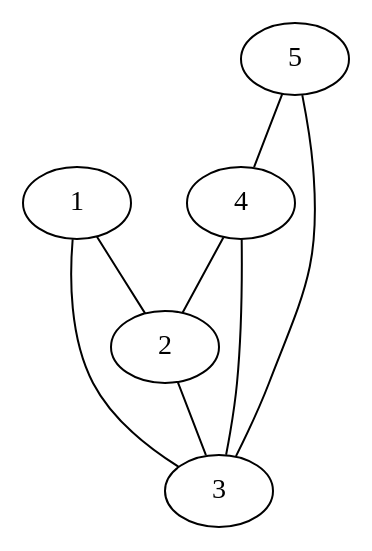
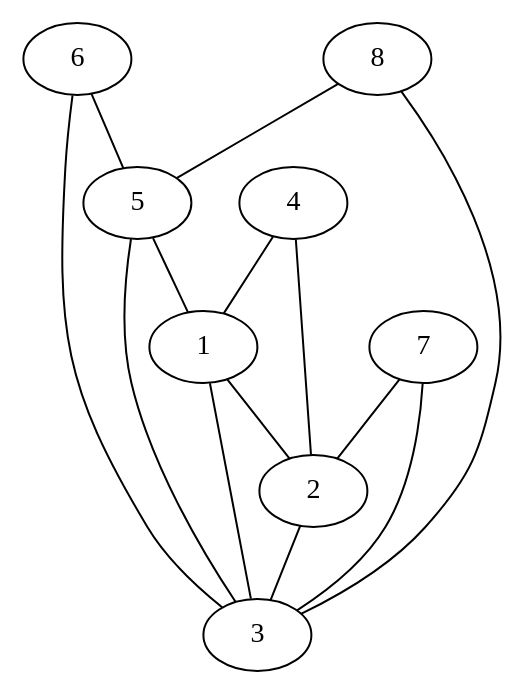
Before and after one commit to AltairAG/DAA-: the diagram in DAlgoritmos/Proyecto/Archivos/DorogovtsevMendes.gv, drawn with Graphviz. The commit also changed 12 other files, not shown here.

```diff
--- a/DAlgoritmos/Proyecto/Archivos/DorogovtsevMendes.gv
+++ b/DAlgoritmos/Proyecto/Archivos/DorogovtsevMendes.gv
@@ -1,21 +1,48 @@
 graph G {
 1;
 2;
 3;
 1;
 2;
 3;
 4;
 1;
 2;
 3;
 4;
 5;
+1;
+2;
+3;
+4;
+5;
+6;
+1;
+2;
+3;
+4;
+5;
+6;
+7;
+1;
+2;
+3;
+4;
+5;
+6;
+7;
+8;
 1 -- 2;
 2 -- 3;
 3 -- 1;
+4 -- 1;
 4 -- 2;
-4 -- 3;
-5 -- 4;
 5 -- 3;
+5 -- 1;
+6 -- 5;
+6 -- 3;
+7 -- 2;
+7 -- 3;
+8 -- 5;
+8 -- 3;
 }
```
